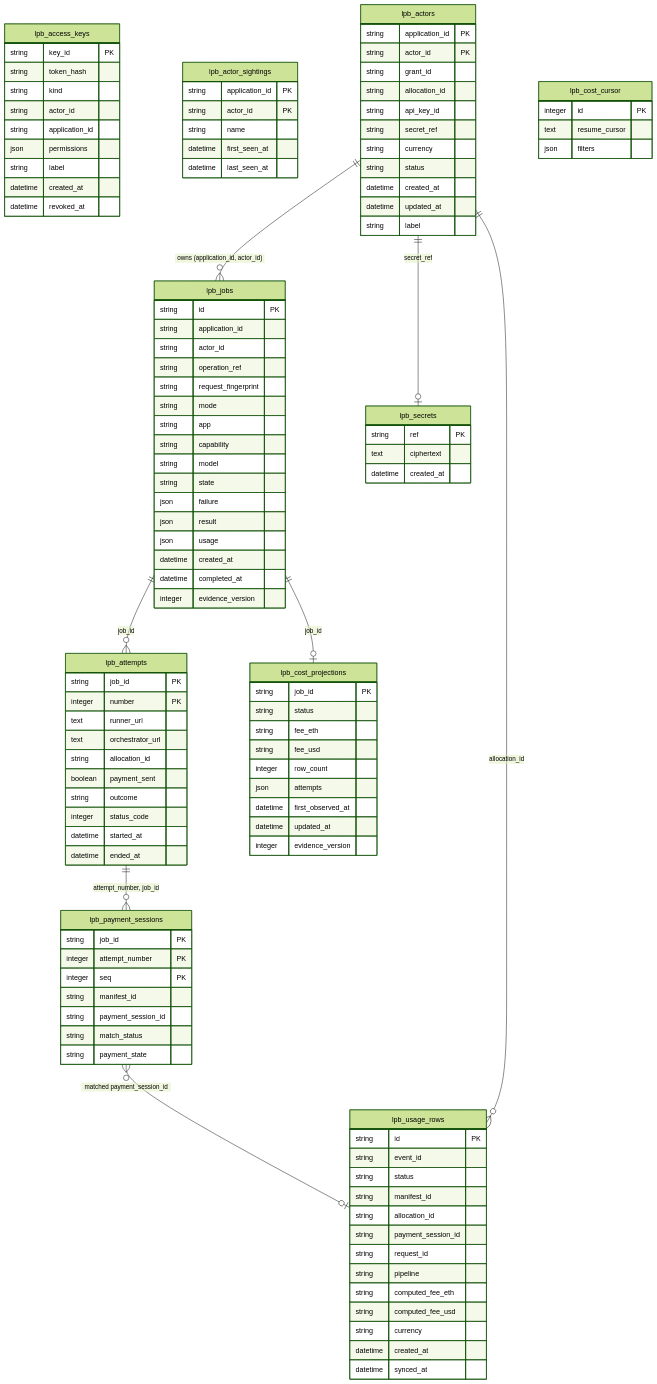
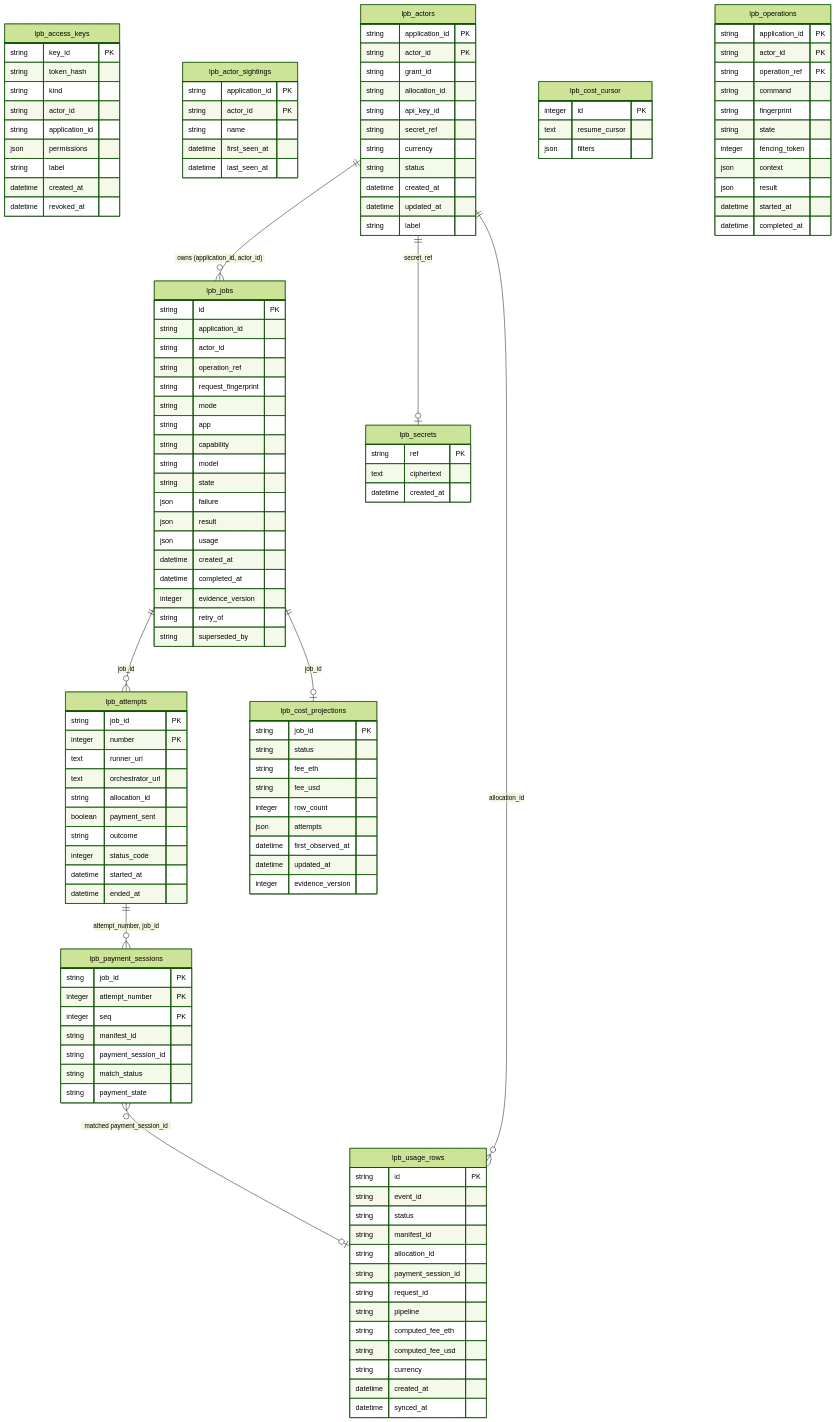
Before and after one commit to NE-Build-Track/livepeer-builder-core: the diagram in docs/generated/db-schema.md, drawn with Mermaid (forest theme). The commit also changed other lines of this file and 69 other files, not shown here.

```diff
--- a/docs/generated/db-schema.md
+++ b/docs/generated/db-schema.md
@@ -83,6 +83,21 @@
         datetime created_at
         datetime completed_at
         integer evidence_version
+        string retry_of
+        string superseded_by
+    }
+    lpb_operations {
+        string application_id PK
+        string actor_id PK
+        string operation_ref PK
+        string command
+        string fingerprint
+        string state
+        integer fencing_token
+        json context
+        json result
+        datetime started_at
+        datetime completed_at
     }
     lpb_payment_sessions {
         string job_id PK
```
